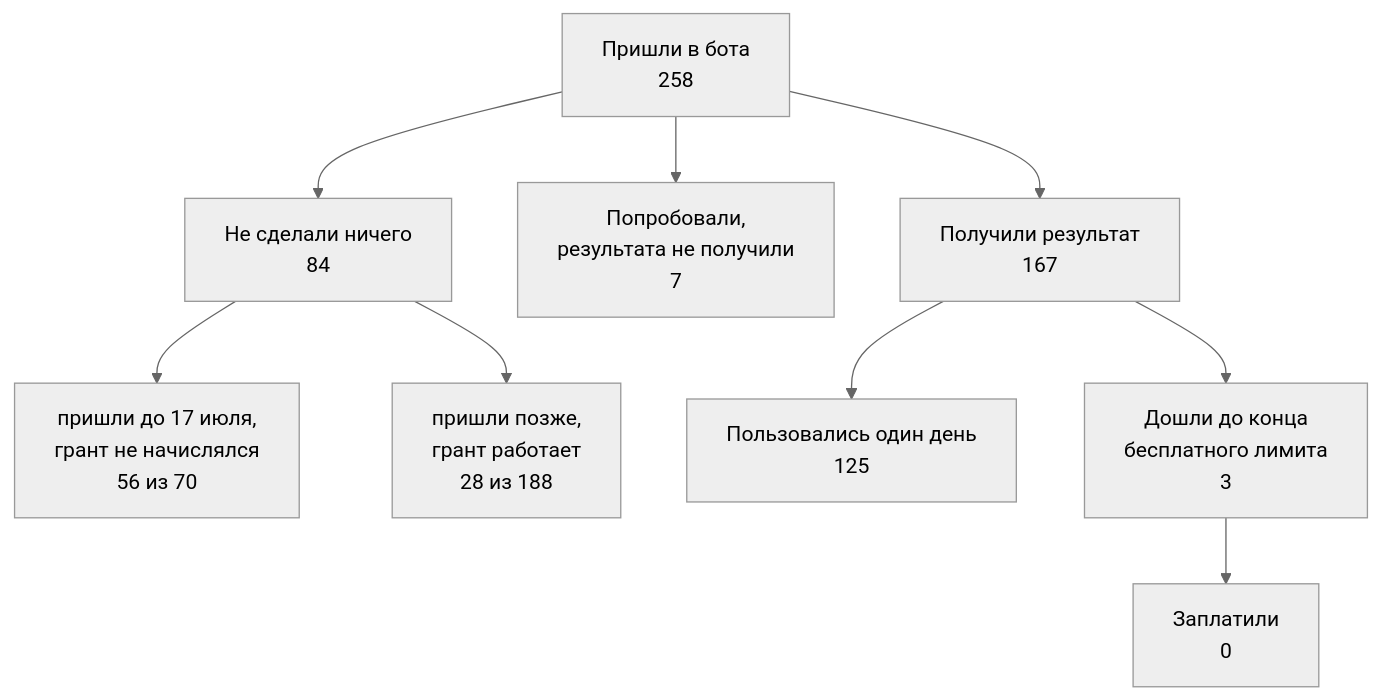
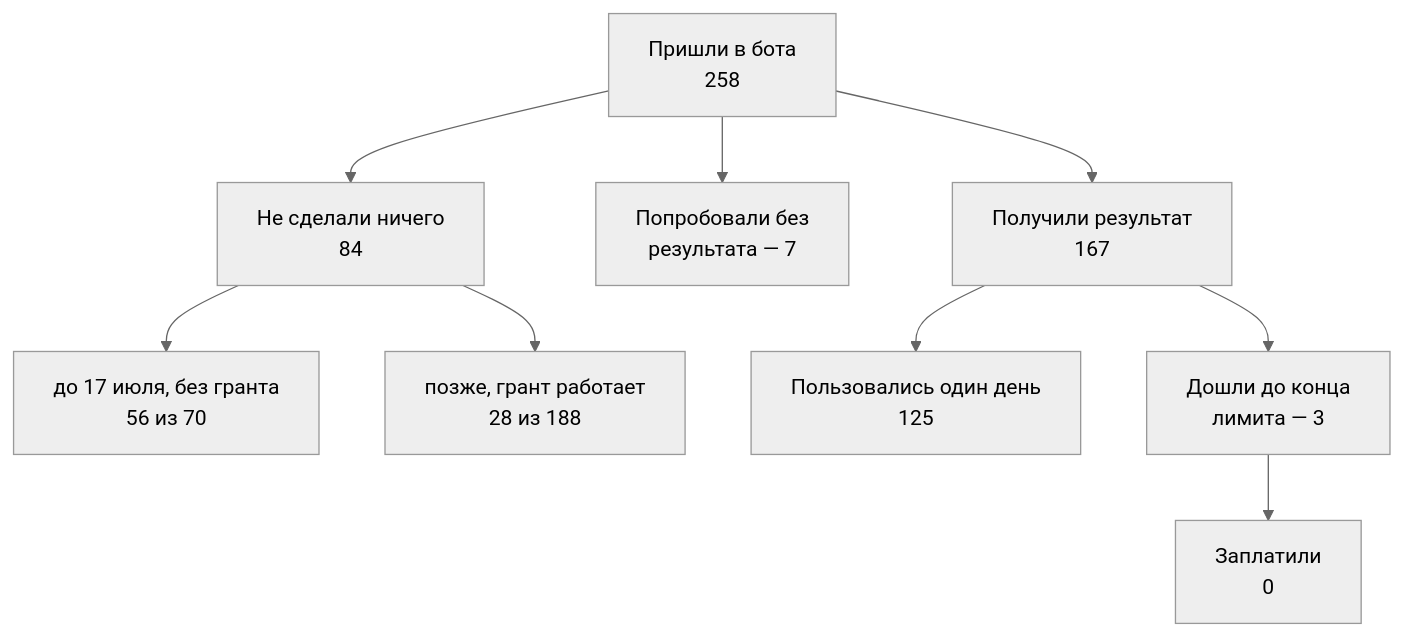
Before and after one commit to Smolevich/pet-project-atlas: the diagram in src/content/docs/ru/demand/pick-a-niche.mdx, drawn with Mermaid (neutral theme). The commit also changed 18 other files, not shown here.

First line of the commit message:
site: decisions as diagrams, one chart, and evals waiting for access

````diff
--- a/src/content/docs/ru/demand/pick-a-niche.mdx
+++ b/src/content/docs/ru/demand/pick-a-niche.mdx
@@ -132,12 +132,12 @@
 ```mermaid
 flowchart TD
   A["Пришли в бота<br/>258"]
   A --> B["Не сделали ничего<br/>84"]
-  A --> C["Попробовали,<br/>результата не получили<br/>7"]
+  A --> C["Попробовали без<br/>результата — 7"]
   A --> D["Получили результат<br/>167"]
-  B --> B1["пришли до 17 июля,<br/>грант не начислялся<br/>56 из 70"]
-  B --> B2["пришли позже,<br/>грант работает<br/>28 из 188"]
+  B --> B1["до 17 июля, без гранта<br/>56 из 70"]
+  B --> B2["позже, грант работает<br/>28 из 188"]
   D --> E["Пользовались один день<br/>125"]
-  D --> F["Дошли до конца<br/>бесплатного лимита<br/>3"]
+  D --> F["Дошли до конца<br/>лимита — 3"]
   F --> G["Заплатили<br/>0"]
 ```
````
